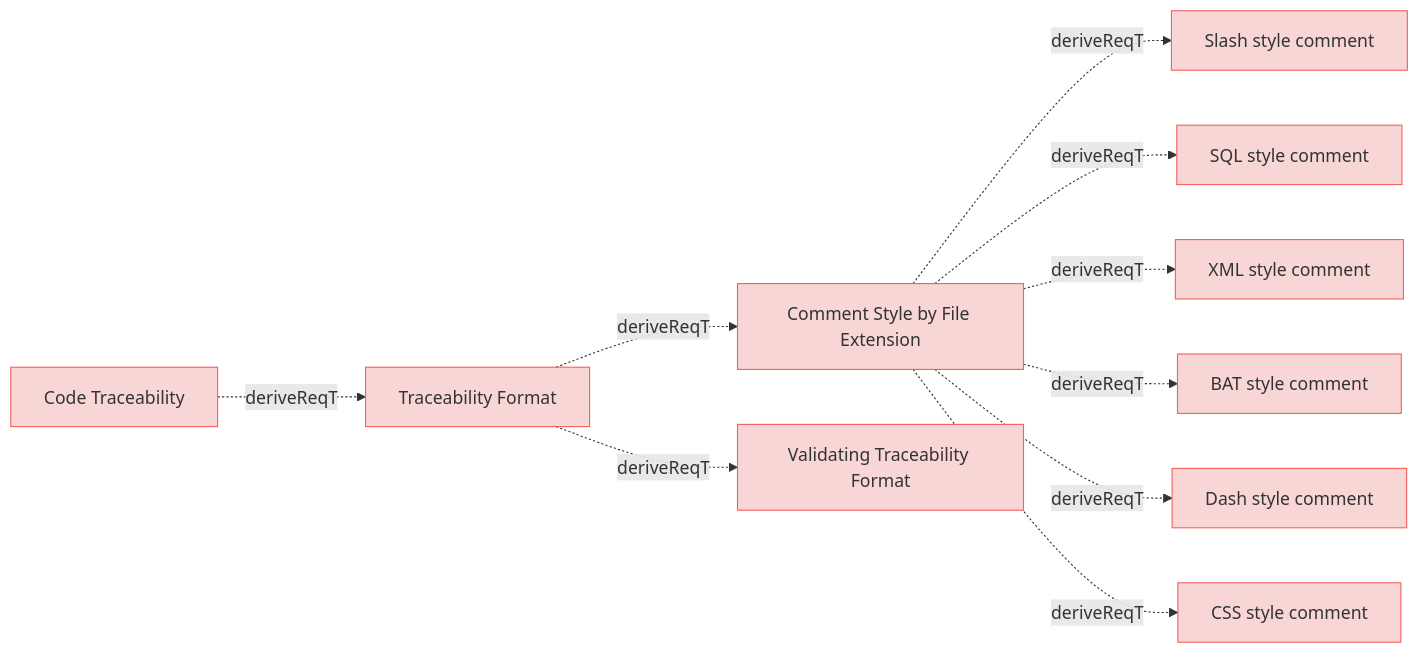
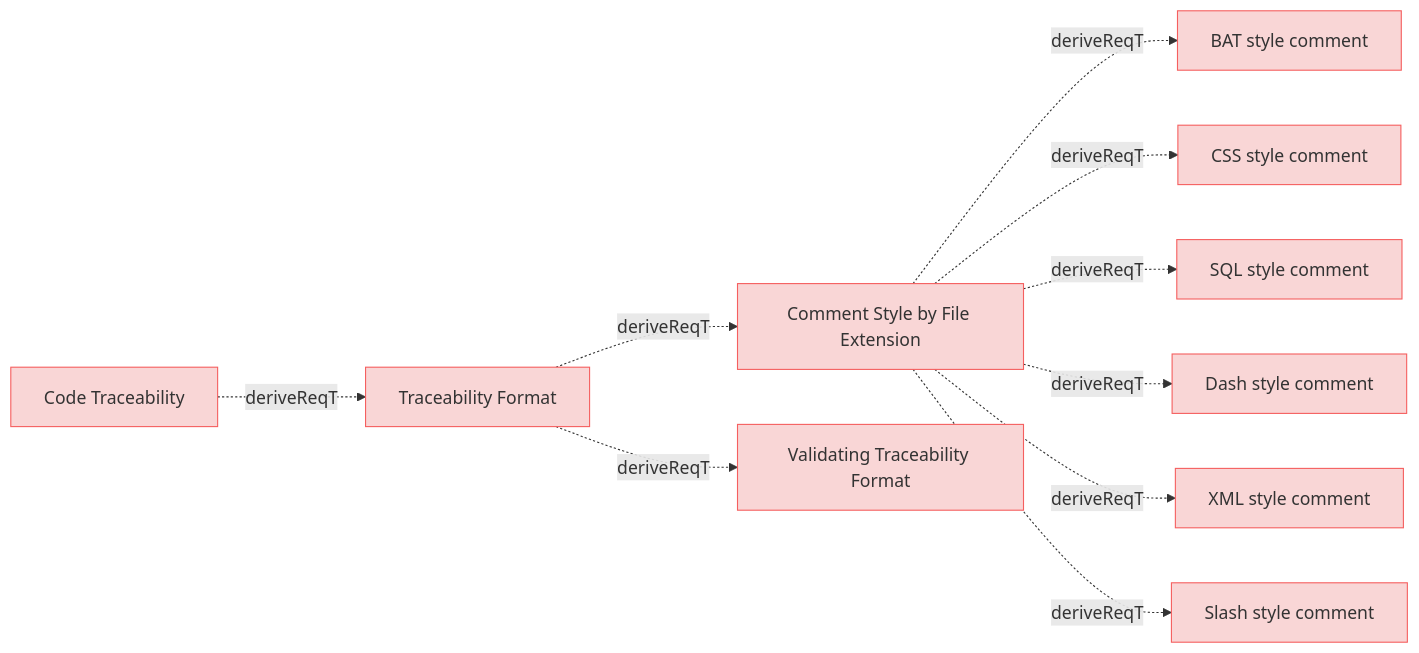
One commit to reqvire-org/reqvire changed the diagram in specifications/CodeTraecabilityRequirements.md. Above: the diagram before and after it, drawn with Mermaid. The commit also changed other lines of this file and 20 other files, not shown here.

````diff
--- a/specifications/CodeTraecabilityRequirements.md
+++ b/specifications/CodeTraecabilityRequirements.md
@@ -4,49 +4,49 @@
 ```mermaid
 graph LR;
   %% REQVIRE-AUTOGENERATED-DIAGRAM
   %% Graph styling
   classDef userRequirement fill:#f9d6d6,stroke:#f55f5f,stroke-width:1px;
   classDef systemRequirement fill:#fce4e4,stroke:#e68a8a,stroke-width:1px;
   classDef verification fill:#d6f9d6,stroke:#5fd75f,stroke-width:1px;
   classDef default fill:#f5f5f5,stroke:#333333,stroke-width:1px;
 
-  99c4cc438042d855["Slash style comment"];
-  class 99c4cc438042d855 userRequirement;
-  click 99c4cc438042d855 "CodeTraecabilityRequirements.md#slash-style-comment";
   f4c09ad7359812ff["Comment Style by File Extension"];
   class f4c09ad7359812ff userRequirement;
   click f4c09ad7359812ff "CodeTraecabilityRequirements.md#comment-style-by-file-extension";
-  f4c09ad7359812ff -.->|deriveReqT| 99c4cc438042d855;
+  7fdde6a23819450b["BAT style comment"];
+  class 7fdde6a23819450b userRequirement;
+  click 7fdde6a23819450b "CodeTraecabilityRequirements.md#bat-style-comment";
+  f4c09ad7359812ff -.->|deriveReqT| 7fdde6a23819450b;
+  a91fc474f292f1c9["CSS style comment"];
+  class a91fc474f292f1c9 userRequirement;
+  click a91fc474f292f1c9 "CodeTraecabilityRequirements.md#css-style-comment";
+  f4c09ad7359812ff -.->|deriveReqT| a91fc474f292f1c9;
   39fc946195c12956["SQL style comment"];
   class 39fc946195c12956 userRequirement;
   click 39fc946195c12956 "CodeTraecabilityRequirements.md#sql-style-comment";
   f4c09ad7359812ff -.->|deriveReqT| 39fc946195c12956;
+  be41c3d9e39abe6f["Dash style comment"];
+  class be41c3d9e39abe6f userRequirement;
+  click be41c3d9e39abe6f "CodeTraecabilityRequirements.md#dash-style-comment";
+  f4c09ad7359812ff -.->|deriveReqT| be41c3d9e39abe6f;
   474c97b7d0029622["XML style comment"];
   class 474c97b7d0029622 userRequirement;
   click 474c97b7d0029622 "CodeTraecabilityRequirements.md#xml-style-comment";
   f4c09ad7359812ff -.->|deriveReqT| 474c97b7d0029622;
-  7fdde6a23819450b["BAT style comment"];
-  class 7fdde6a23819450b userRequirement;
-  click 7fdde6a23819450b "CodeTraecabilityRequirements.md#bat-style-comment";
-  f4c09ad7359812ff -.->|deriveReqT| 7fdde6a23819450b;
-  be41c3d9e39abe6f["Dash style comment"];
-  class be41c3d9e39abe6f userRequirement;
-  click be41c3d9e39abe6f "CodeTraecabilityRequirements.md#dash-style-comment";
-  f4c09ad7359812ff -.->|deriveReqT| be41c3d9e39abe6f;
-  a91fc474f292f1c9["CSS style comment"];
-  class a91fc474f292f1c9 userRequirement;
-  click a91fc474f292f1c9 "CodeTraecabilityRequirements.md#css-style-comment";
-  f4c09ad7359812ff -.->|deriveReqT| a91fc474f292f1c9;
-  3db41d3530e56596["Validating Traceability Format"];
-  class 3db41d3530e56596 userRequirement;
-  click 3db41d3530e56596 "CodeTraecabilityRequirements.md#validating-traceability-format";
+  99c4cc438042d855["Slash style comment"];
+  class 99c4cc438042d855 userRequirement;
+  click 99c4cc438042d855 "CodeTraecabilityRequirements.md#slash-style-comment";
+  f4c09ad7359812ff -.->|deriveReqT| 99c4cc438042d855;
   9314736a59776478["Traceability Format"];
   class 9314736a59776478 userRequirement;
   click 9314736a59776478 "CodeTraecabilityRequirements.md#traceability-format";
   9314736a59776478 -.->|deriveReqT| f4c09ad7359812ff;
+  3db41d3530e56596["Validating Traceability Format"];
+  class 3db41d3530e56596 userRequirement;
+  click 3db41d3530e56596 "CodeTraecabilityRequirements.md#validating-traceability-format";
   9314736a59776478 -.->|deriveReqT| 3db41d3530e56596;
   26ca72b617aff229["Code Traceability"];
   class 26ca72b617aff229 userRequirement;
   click 26ca72b617aff229 "UserRequirements.md#code-traceability";
   26ca72b617aff229 -.->|deriveReqT| 9314736a59776478;
 ```
````
